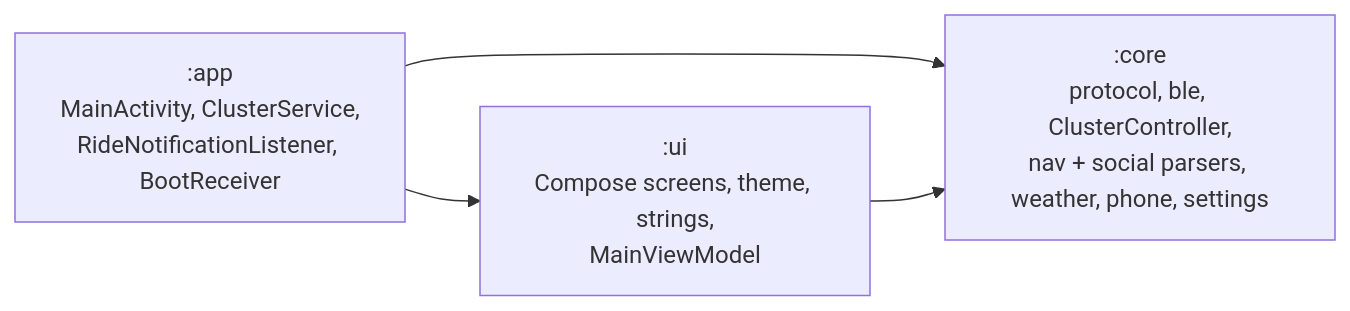
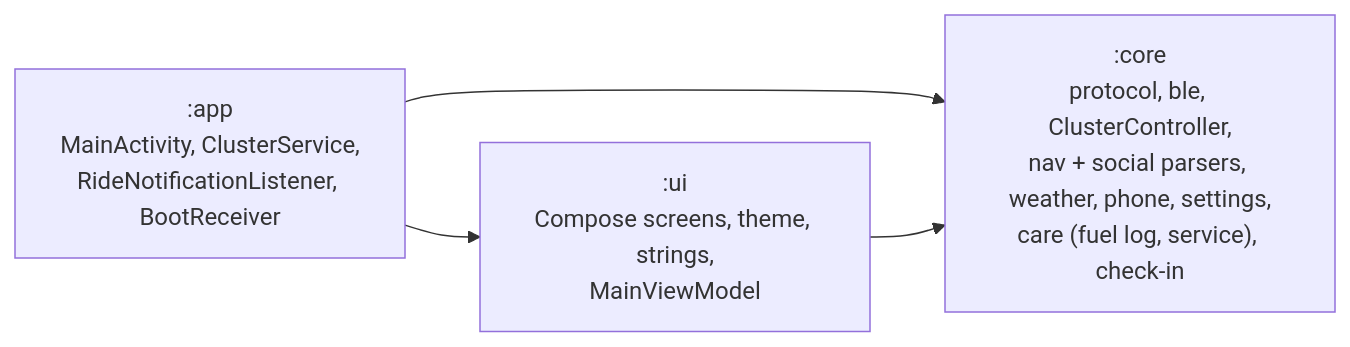
One commit to aiyu-ayaan/RideLink changed the first of 5 diagrams in development/docs/ARCHITECTURE.md. Above: the diagram before and after it, drawn with Mermaid. The commit also changed other lines of this file and 14 other files, not shown here.

Commit message:
ui(Care) : Fuel and service page, messages settings, Console feature tests

````diff
--- a/development/docs/ARCHITECTURE.md
+++ b/development/docs/ARCHITECTURE.md
@@ -5,9 +5,9 @@
 ```mermaid
 graph LR
     app[":app<br/>MainActivity, ClusterService,<br/>RideNotificationListener, BootReceiver"]
     ui[":ui<br/>Compose screens, theme, strings,<br/>MainViewModel"]
-    core[":core<br/>protocol, ble, ClusterController,<br/>nav + social parsers, weather, phone, settings"]
+    core[":core<br/>protocol, ble, ClusterController,<br/>nav + social parsers, weather, phone, settings,<br/>care (fuel log, service), check-in"]
     app --> ui
     app --> core
     ui --> core
 ```
````
